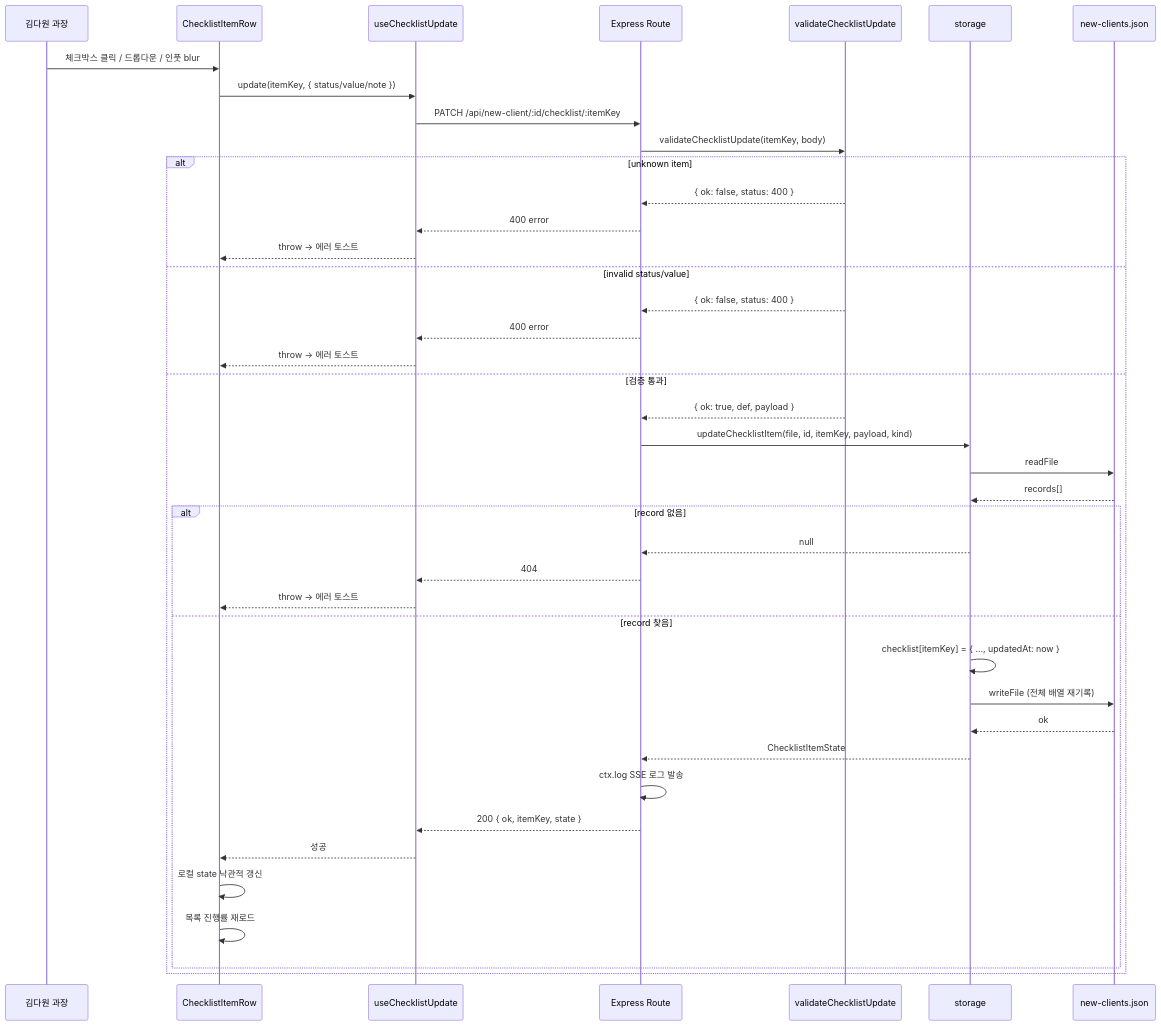
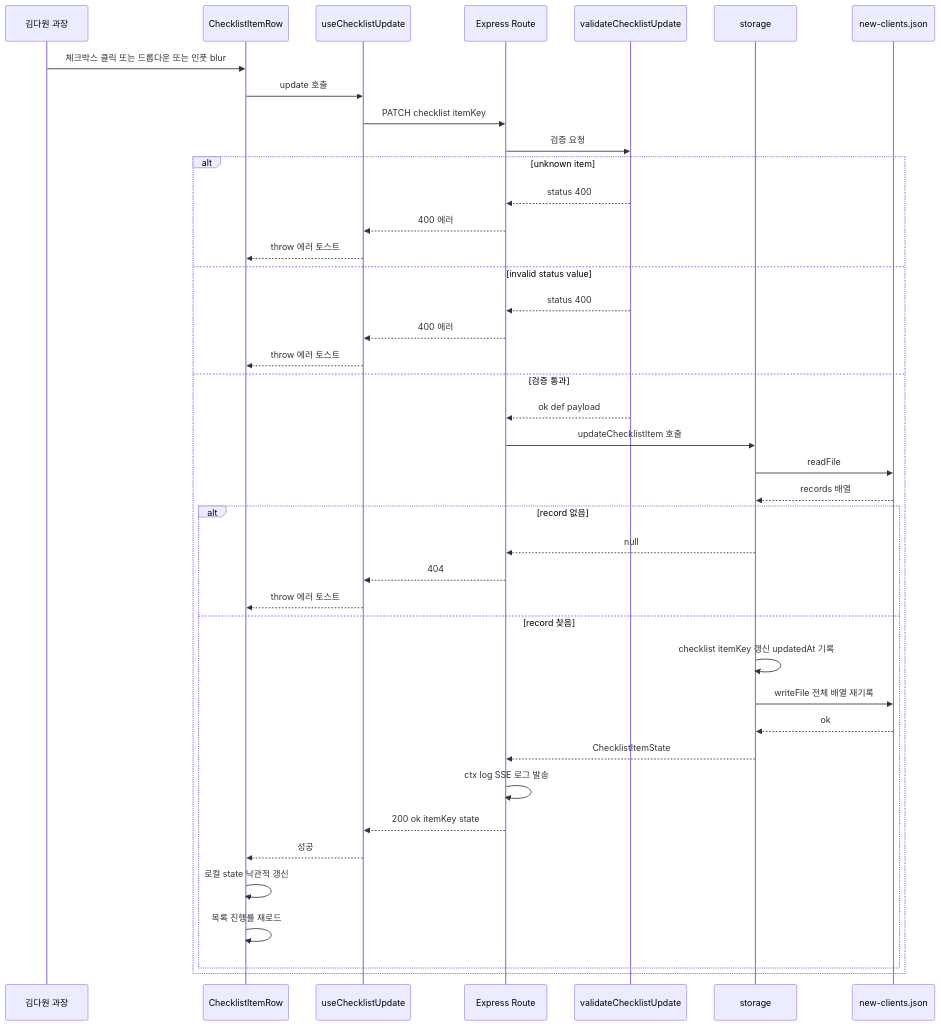
Before and after one commit to hany-peak/kakaotalk-auto-sender: the fourth of 5 diagrams in codetax-macro/docs/superpowers/specs/2026-04-22-new-client-master-tracker-workflow.md, drawn with Mermaid. The commit also changed other lines of this file, not shown here.

First line of the commit message:
fix(docs): rewrite mermaid diagrams for mermaid 8.x compatibility

````diff
--- a/codetax-macro/docs/superpowers/specs/2026-04-22-new-client-master-tracker-workflow.md
+++ b/codetax-macro/docs/superpowers/specs/2026-04-22-new-client-master-tracker-workflow.md
@@ -119,44 +100,44 @@
 ```mermaid
 sequenceDiagram
     participant U as 김다원 과장
     participant UI as ChecklistItemRow
     participant Hook as useChecklistUpdate
     participant API as Express Route
     participant V as validateChecklistUpdate
     participant S as storage
     participant FS as new-clients.json
 
-    U->>UI: 체크박스 클릭 / 드롭다운 / 인풋 blur
-    UI->>Hook: update(itemKey, { status/value/note })
-    Hook->>API: PATCH /api/new-client/:id/checklist/:itemKey
-    API->>V: validateChecklistUpdate(itemKey, body)
+    U->>UI: 체크박스 클릭 또는 드롭다운 또는 인풋 blur
+    UI->>Hook: update 호출
+    Hook->>API: PATCH checklist itemKey
+    API->>V: 검증 요청
     alt unknown item
-        V-->>API: { ok: false, status: 400 }
-        API-->>Hook: 400 error
-        Hook-->>UI: throw → 에러 토스트
-    else invalid status/value
-        V-->>API: { ok: false, status: 400 }
-        API-->>Hook: 400 error
-        Hook-->>UI: throw → 에러 토스트
+        V-->>API: status 400
+        API-->>Hook: 400 에러
+        Hook-->>UI: throw 에러 토스트
+    else invalid status value
+        V-->>API: status 400
+        API-->>Hook: 400 에러
+        Hook-->>UI: throw 에러 토스트
     else 검증 통과
-        V-->>API: { ok: true, def, payload }
-        API->>S: updateChecklistItem(file, id, itemKey, payload, kind)
+        V-->>API: ok def payload
+        API->>S: updateChecklistItem 호출
         S->>FS: readFile
-        FS-->>S: records[]
+        FS-->>S: records 배열
         alt record 없음
             S-->>API: null
             API-->>Hook: 404
-            Hook-->>UI: throw → 에러 토스트
+            Hook-->>UI: throw 에러 토스트
         else record 찾음
-            S->>S: checklist[itemKey] = { ..., updatedAt: now }
-            S->>FS: writeFile (전체 배열 재기록)
+            S->>S: checklist itemKey 갱신 updatedAt 기록
+            S->>FS: writeFile 전체 배열 재기록
             FS-->>S: ok
             S-->>API: ChecklistItemState
-            API->>API: ctx.log SSE 로그 발송
-            API-->>Hook: 200 { ok, itemKey, state }
+            API->>API: ctx log SSE 로그 발송
+            API-->>Hook: 200 ok itemKey state
             Hook-->>UI: 성공
             UI->>UI: 로컬 state 낙관적 갱신
             UI->>UI: 목록 진행률 재로드
         end
     end
 ```
````
